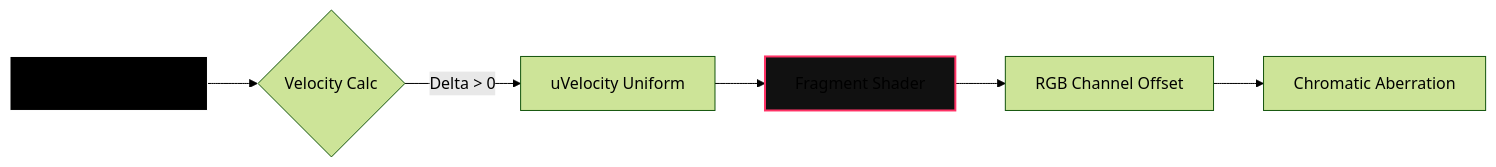
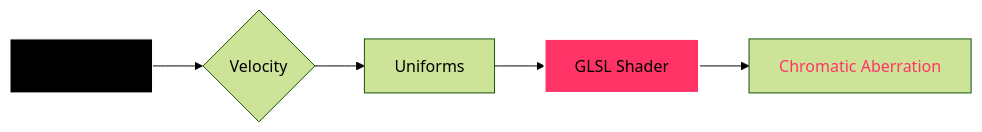
The diagram in README.md (Lumina-GL/lumina-gl), drawn with Mermaid (forest theme) before and after one commit. The commit also changed other lines of this file and 26 other files, not shown here.

````diff
--- a/README.md
+++ b/README.md
@@ -119,11 +131,12 @@
 ```mermaid
 graph LR
-    A[Mouse Interaction] --> B{Velocity Calc}
-    B -->|Delta > 0| C[uVelocity Uniform]
-    C --> D[Fragment Shader]
-    D --> E[RGB Channel Offset]
-    E --> F[Chromatic Aberration]
-    style A fill:#000,stroke:#fff,stroke-width:1px
-    style D fill:#111,stroke:#FF3366,stroke-width:2px
+    A[Interaction] --> B{Velocity}
+    B --> C[Uniforms]
+    C --> D[GLSL Shader]
+    D --> E[Chromatic Aberration]
+    
+    style A fill:#000,stroke:#fff
+    style D fill:#FF3366,stroke:#fff,stroke-width:2px
+    style E color:#FF3366
 
 ```
````
